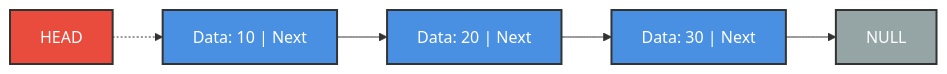
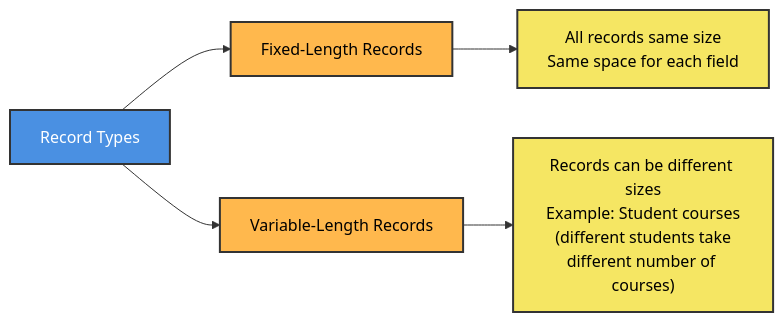
One commit to M-F-Tushar/CSE-2101-Data-Structure changed the sixth of 29 diagrams in Chapter 1 - Introduction and Overview/README.md. Above: the diagram before and after it, drawn with Mermaid. The commit also changed other lines of this file, not shown here.

````diff
--- a/Chapter 1 - Introduction and Overview/README.md
+++ b/Chapter 1 - Introduction and Overview/README.md
@@ -419,13 +181,14 @@
 ```mermaid
 graph LR
-    HEAD["HEAD"] -.-> N1["Data: 10 | Next"]
-    N1 --> N2["Data: 20 | Next"]
-    N2 --> N3["Data: 30 | Next"]
-    N3 --> NULL["NULL"]
+    A["Record Types"] --> B["Fixed-Length Records"]
+    A --> C["Variable-Length Records"]
     
-    style HEAD fill:#E94B3C,stroke:#333,stroke-width:2px,color:#fff
-    style N1 fill:#4A90E2,stroke:#333,stroke-width:2px,color:#fff
-    style N2 fill:#4A90E2,stroke:#333,stroke-width:2px,color:#fff
-    style N3 fill:#4A90E2,stroke:#333,stroke-width:2px,color:#fff
-    style NULL fill:#95A5A6,stroke:#333,stroke-width:2px,color:#fff
+    B --> D["All records same size<br/>Same space for each field"]
+    C --> E["Records can be different sizes<br/>Example: Student courses<br/>(different students take<br/>different number of courses)"]
+    
+    style A fill:#4A90E2,stroke:#333,stroke-width:2px,color:#fff
+    style B fill:#FFB84D,stroke:#333,stroke-width:2px,color:#000
+    style C fill:#FFB84D,stroke:#333,stroke-width:2px,color:#000
+    style D fill:#F5E663,stroke:#333,stroke-width:2px,color:#000
+    style E fill:#F5E663,stroke:#333,stroke-width:2px,color:#000
 ```
````
